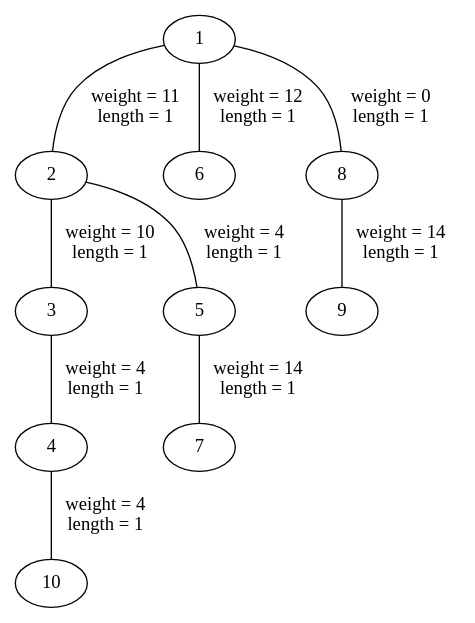
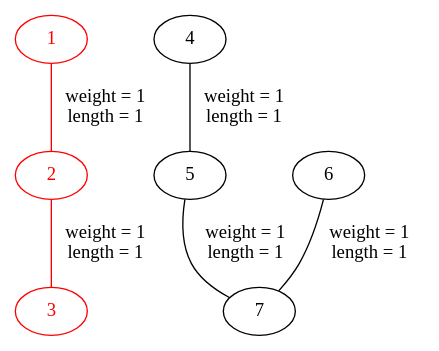
One commit to adam-elbernoussi/ENSAE-S2-IT-project changed the diagram in graph_viz_output/Graph.gv. Above: the diagram before and after it, drawn with Graphviz. The commit also changed 2 other files, not shown here.

```diff
--- a/graph_viz_output/Graph.gv
+++ b/graph_viz_output/Graph.gv
@@ -1,22 +1,17 @@
 // Graph visualisation
 graph "Graph" {
 	graph [concentrate=True]
-	1 -- 2 [label="weight = 11
- length = 1" weight=11]
-	1 -- 6 [label="weight = 12
- length = 1" weight=12]
-	1 -- 8 [label="weight = 0
- length = 1" weight=0]
-	2 -- 3 [label="weight = 10
- length = 1" weight=10]
-	2 -- 5 [label="weight = 4
- length = 1" weight=4]
-	3 -- 4 [label="weight = 4
- length = 1" weight=4]
-	4 -- 10 [label="weight = 4
- length = 1" weight=4]
-	5 -- 7 [label="weight = 14
- length = 1" weight=14]
-	8 -- 9 [label="weight = 14
- length = 1" weight=14]
+	1 [color=red fontcolor=red]
+	1 -- 2 [label="weight = 1
+ length = 1" color=red weight=1]
+	2 [color=red fontcolor=red]
+	2 -- 3 [label="weight = 1
+ length = 1" color=red weight=1]
+	3 [color=red fontcolor=red]
+	4 -- 5 [label="weight = 1
+ length = 1" weight=1]
+	5 -- 7 [label="weight = 1
+ length = 1" weight=1]
+	6 -- 7 [label="weight = 1
+ length = 1" weight=1]
 }
```
